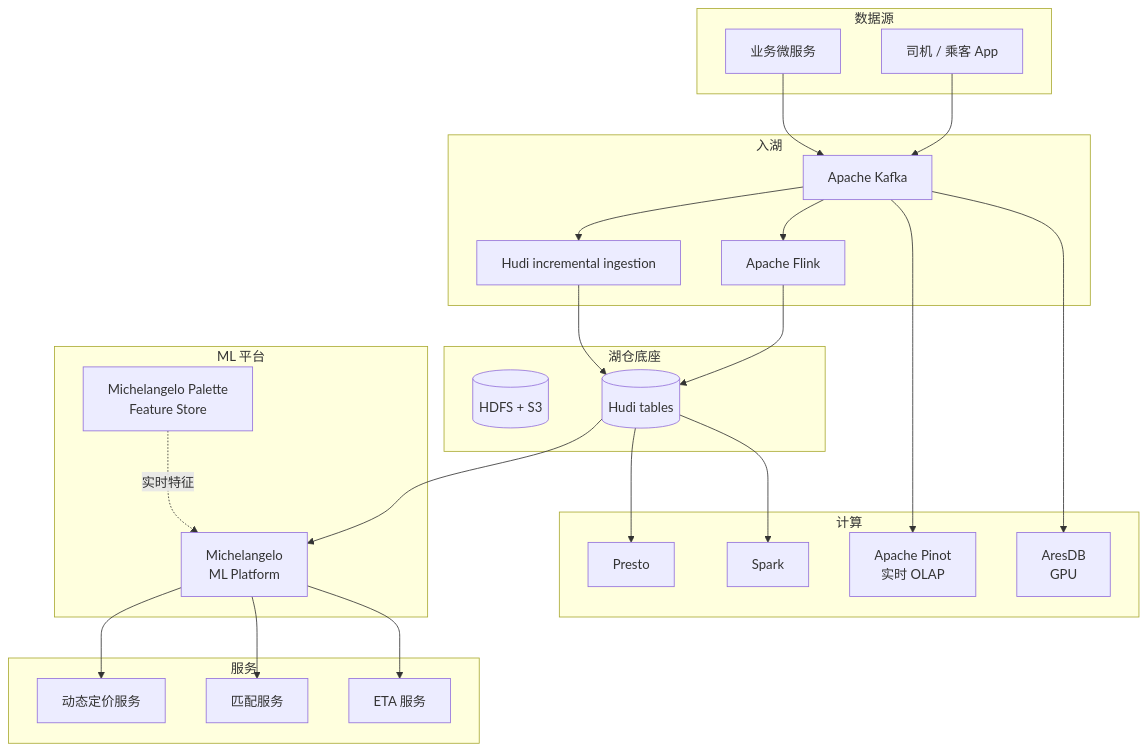
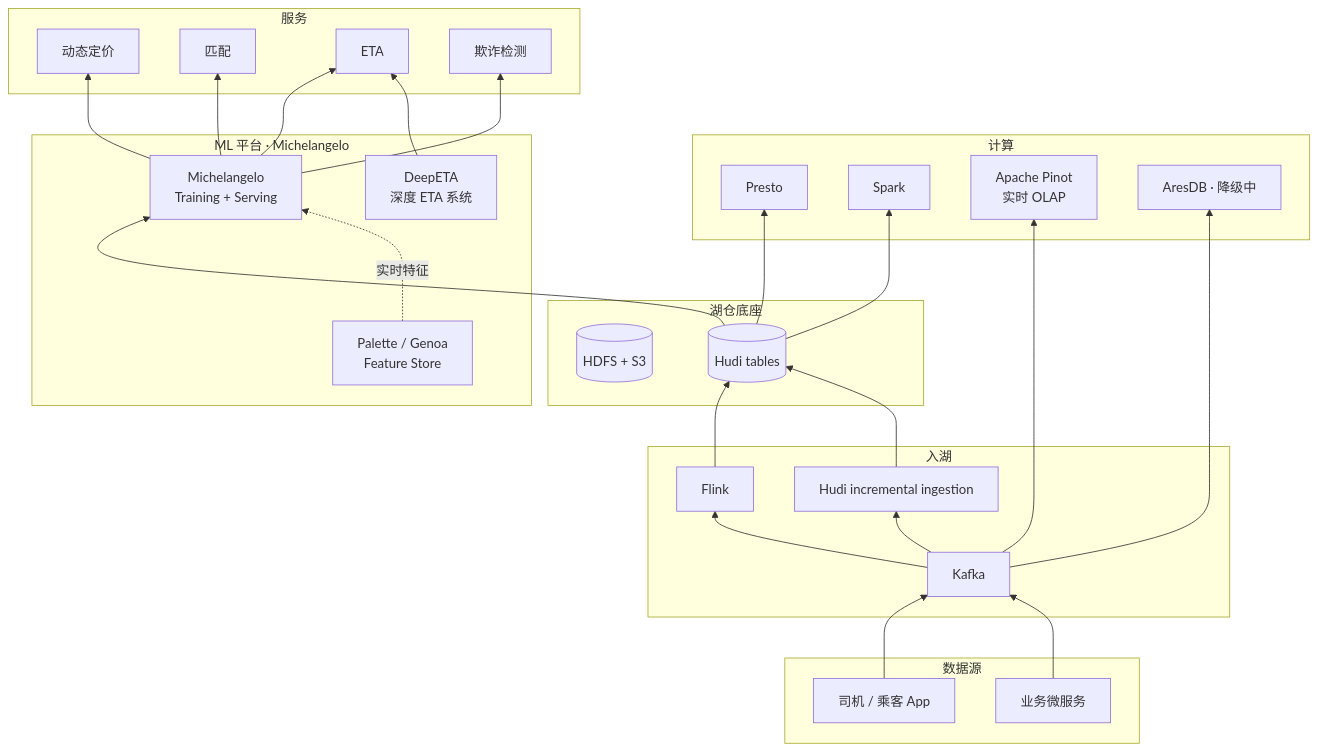
The diagram in docs/cases/uber.md (wangyong9999/lakehouse-wiki), drawn with Mermaid before and after one commit. The commit also changed other lines of this file and 2 other files, not shown here.

````diff
--- a/docs/cases/uber.md
+++ b/docs/cases/uber.md
@@ -108,47 +61,49 @@
 ```mermaid
-flowchart TB
+flowchart BT
   subgraph "数据源"
     app[司机 / 乘客 App]
     backend[业务微服务]
   end
 
   subgraph "入湖"
-    kafka[Apache Kafka]
-    flink[Apache Flink]
+    kafka[Kafka]
+    flink[Flink]
     hudi_in[Hudi incremental ingestion]
   end
 
   subgraph "湖仓底座"
     hdfs[(HDFS + S3)]
     hudi[(Hudi tables)]
   end
 
   subgraph "计算"
     presto[Presto]
     spark[Spark]
     pinot[Apache Pinot<br/>实时 OLAP]
-    aresdb[AresDB<br/>GPU]
+    aresdb[AresDB · 降级中]
   end
 
-  subgraph "ML 平台"
-    michelangelo[Michelangelo<br/>ML Platform]
-    palette[Michelangelo Palette<br/>Feature Store]
+  subgraph "ML 平台 · Michelangelo"
+    mich[Michelangelo<br/>Training + Serving]
+    palette[Palette / Genoa<br/>Feature Store]
+    deepeta[DeepETA<br/>深度 ETA 系统]
   end
 
   subgraph "服务"
-    pricing[动态定价服务]
-    matching[匹配服务]
-    eta[ETA 服务]
+    pricing[动态定价]
+    matching[匹配]
+    eta[ETA]
+    fraud[欺诈检测]
   end
 
-  app --> kafka
-  backend --> kafka
+  app & backend --> kafka
   kafka --> flink --> hudi
   kafka --> hudi_in --> hudi
   hudi --> presto & spark
   kafka --> pinot
   kafka --> aresdb
-  hudi --> michelangelo
-  michelangelo --> pricing & matching & eta
-  palette -.实时特征.-> michelangelo
+  hudi --> mich
+  palette -.实时特征.-> mich
+  mich --> pricing & matching & eta & fraud
+  deepeta --> eta
 ```
````
